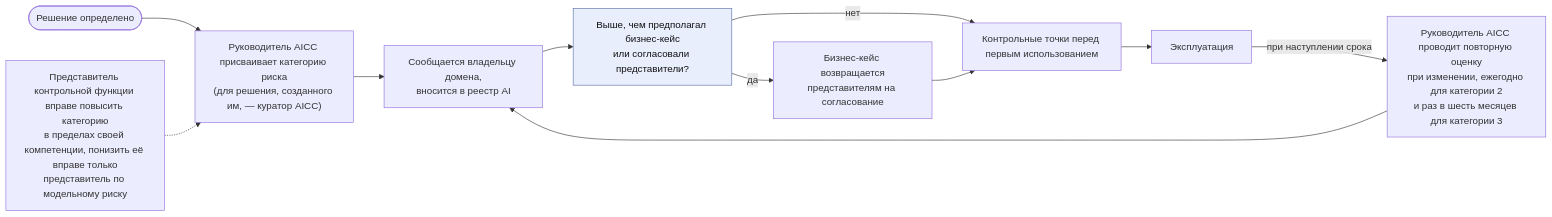
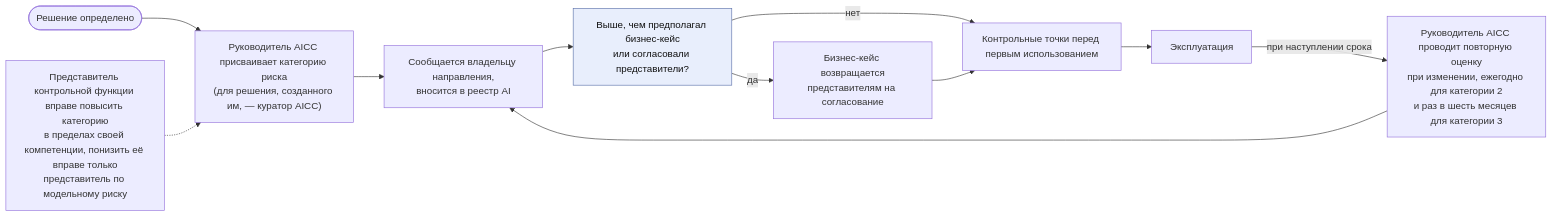
One commit to devhogu/ob-aicc changed the first of 3 diagrams in charter/ru/workflows/ai-risk-control.md. Above: the diagram before and after it, drawn with Mermaid. The commit also changed other lines of this file and 290 other files, not shown here.

````diff
--- a/charter/ru/workflows/ai-risk-control.md
+++ b/charter/ru/workflows/ai-risk-control.md
@@ -21,15 +21,15 @@
 ```mermaid
 flowchart LR
   DEF(["Решение определено"]) --> AS["Руководитель AICC присваивает категорию риска<br/>(для решения, созданного им, — куратор AICC)"]
-  AS --> TELL["Сообщается владельцу домена,<br/>вносится в реестр AI"]
+  AS --> TELL["Сообщается владельцу направления,<br/>вносится в реестр AI"]
   TELL --> CASE["Выше, чем предполагал бизнес-кейс<br/>или согласовали представители?"]
   CASE -->|"да"| RET["Бизнес-кейс возвращается<br/>представителям на согласование"]
   CASE -->|"нет"| GATES["Контрольные точки перед первым использованием"]
   RET --> GATES
   GATES --> LIVE["Эксплуатация"]
   LIVE -->|"при наступлении срока"| RE["Руководитель AICC проводит повторную оценку<br/>при изменении, ежегодно для категории 2<br/>и раз в шесть месяцев для категории 3"]
   RE --> TELL
   CF["Представитель контрольной функции вправе повысить категорию<br/>в пределах своей компетенции, понизить её вправе только<br/>представитель по модельному риску"] -.-> AS
   classDef gate fill:#e8eefc,stroke:#5a6fa8,color:#111
   class CASE gate
 ```
````
